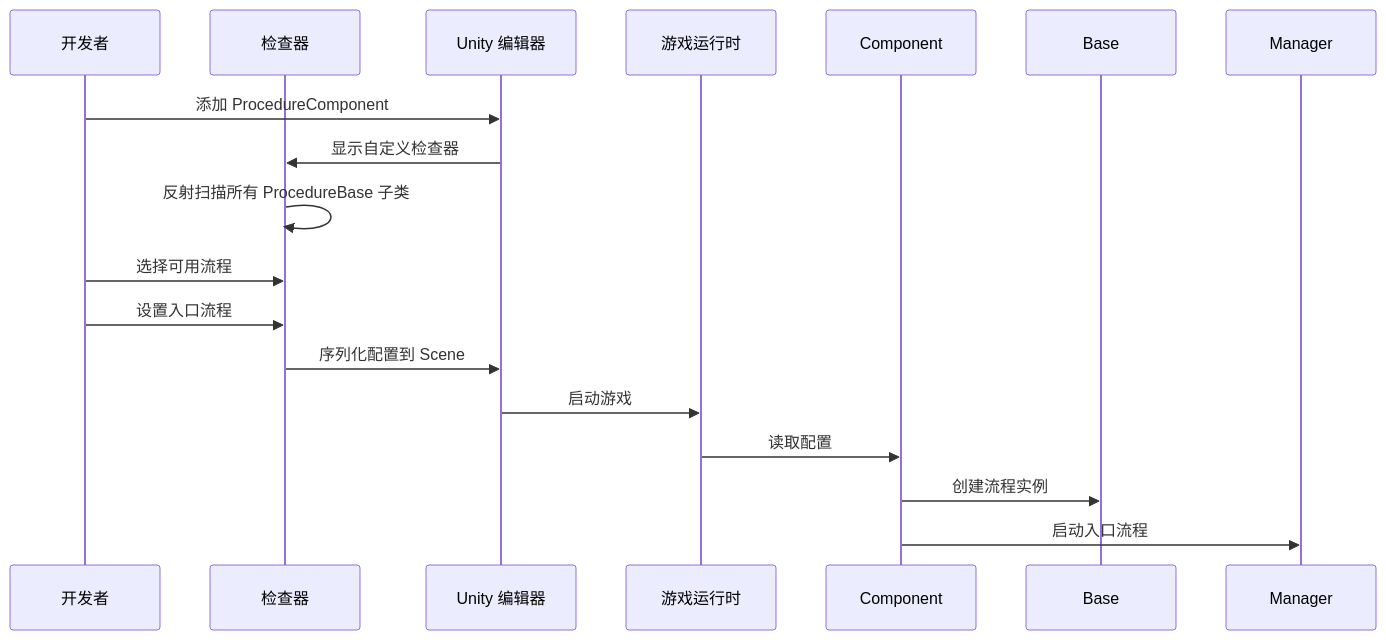
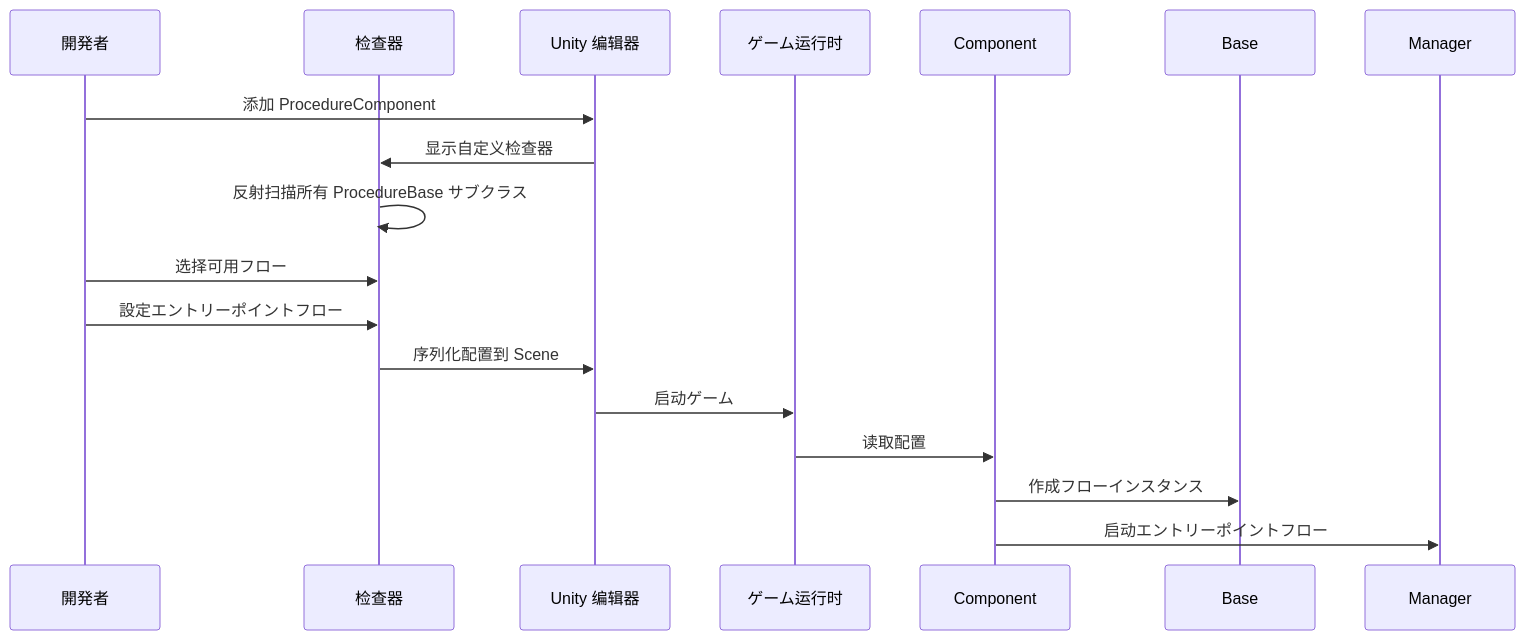
Before and after one commit to AlianBlank/GameFrameX.Docs: the second of 2 diagrams in docs/ja/client/unity/component/procedure/10.editor-usage.md, drawn with Mermaid. The commit also changed other lines of this file and 603 other files, not shown here.

````diff
--- a/docs/ja/client/unity/component/procedure/10.editor-usage.md
+++ b/docs/ja/client/unity/component/procedure/10.editor-usage.md
@@ -42,18 +42,18 @@
 ```mermaid
 sequenceDiagram
-    participant Dev as 开发者
+    participant Dev as 開発者
     participant Inspector as 检查器
     participant Unity as Unity 编辑器
-    participant Game as 游戏运行时
+    participant Game as ゲーム运行时
 
     Dev->>Unity: 添加 ProcedureComponent
     Unity->>Inspector: 显示自定义检查器
-    Inspector->>Inspector: 反射扫描所有 ProcedureBase 子类
-    Dev->>Inspector: 选择可用流程
-    Dev->>Inspector: 设置入口流程
+    Inspector->>Inspector: 反射扫描所有 ProcedureBase サブクラス
+    Dev->>Inspector: 选择可用フロー
+    Dev->>Inspector: 設定エントリーポイントフロー
     Inspector->>Unity: 序列化配置到 Scene
-    Unity->>Game: 启动游戏
+    Unity->>Game: 启动ゲーム
     Game->>Component: 读取配置
-    Component->>Base: 创建流程实例
-    Component->>Manager: 启动入口流程
+    Component->>Base: 作成フローインスタンス
+    Component->>Manager: 启动エントリーポイントフロー
 ```
````
